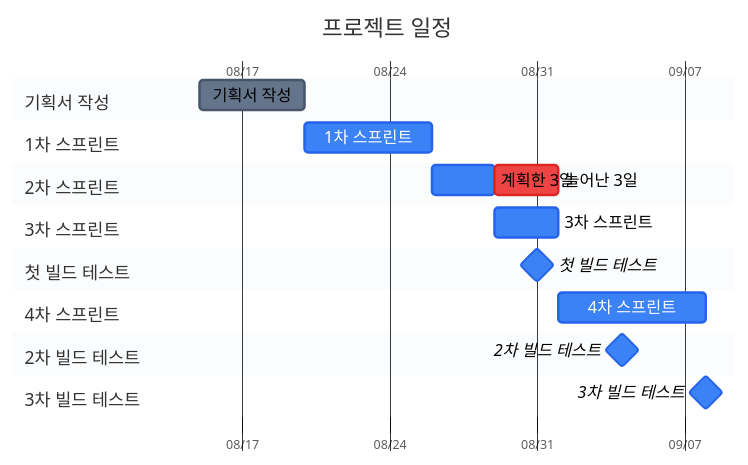
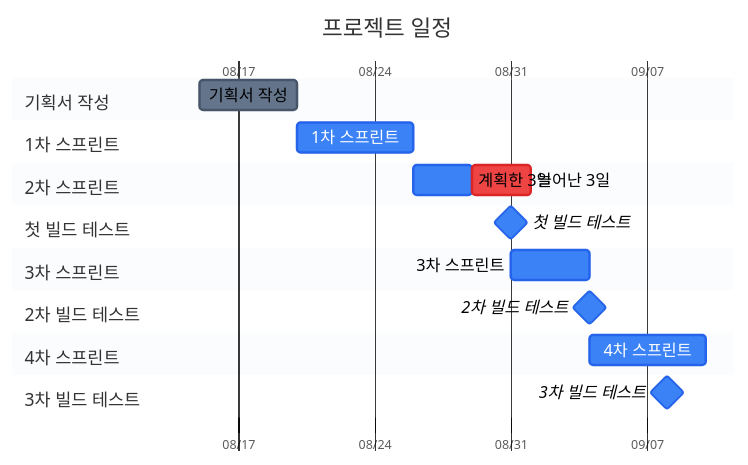
One commit to MountainHS/portfolio changed the fourth of 9 diagrams in src/4-wgo/기술문서.md. Above: the diagram before and after it, drawn with Mermaid. The commit also changed other lines of this file and 1 other file, not shown here.

````diff
--- a/src/4-wgo/기술문서.md
+++ b/src/4-wgo/기술문서.md
@@ -215,53 +215,53 @@
 ```mermaid
 ---
 config:
   gantt:
     useWidth: 600
     leftPadding: 150
     rightPadding: 45
     barHeight: 24
     barGap: 10
     topPadding: 60
     fontSize: 13
     sectionFontSize: 14
     numberSectionStyles: 2
     topAxis: true
     displayMode: compact
   themeVariables:
     sectionBkgColor: "#e8edf3"
     altSectionBkgColor: "#ffffff"
     gridColor: "#b8c2cc"
     taskBkgColor: "#3b82f6"
     taskBorderColor: "#2563eb"
     doneTaskBkgColor: "#64748b"
     doneTaskBorderColor: "#475569"
     critBkgColor: "#ef4444"
     critBorderColor: "#dc2626"
     todayLineColor: "transparent"
   themeCSS: ".taskText,.taskTextOutsideRight,.taskTextOutsideLeft{display:none} .milestone{fill:#8b5cf6;stroke:#6d28d9} .sectionTitle{font-weight:600;fill:#1e293b} .grid .tick line{stroke:#94a3b8;opacity:1} .grid path{stroke-width:0} rect.section0{fill:#cbd5e1;opacity:.45} rect.section1{fill:#ffffff;opacity:0} .grid .tick text{font-size:12px;fill:#334155}"
 ---
 gantt
     title 프로젝트 일정
     dateFormat YYYY-MM-DD
     axisFormat %m/%d
     tickInterval 1week
     weekday monday
 
     section 기획서 작성
     기획서 작성     :done, plan, 2026-08-15, 5d
     section 1차 스프린트
     1차 스프린트    :s1, 2026-08-20, 6d
     section 2차 스프린트
     계획한 3일      :s2, 2026-08-26, 3d
     늘어난 3일      :crit, s2d, after s2, 3d
-    section 3차 스프린트
-    3차 스프린트    :s3, 2026-08-29, 3d
     section 첫 빌드 테스트
     첫 빌드 테스트  :milestone, b1, 2026-08-31, 0d
-    section 4차 스프린트
-    4차 스프린트    :s4, 2026-09-01, 7d
+    section 3차 스프린트
+    3차 스프린트    :s3, 2026-08-31, 4d
     section 2차 빌드 테스트
     2차 빌드 테스트 :milestone, b2, 2026-09-04, 0d
+    section 4차 스프린트
+    4차 스프린트    :s4, 2026-09-04, 6d
     section 3차 빌드 테스트
     3차 빌드 테스트 :milestone, b3, 2026-09-08, 0d
 ```
````
